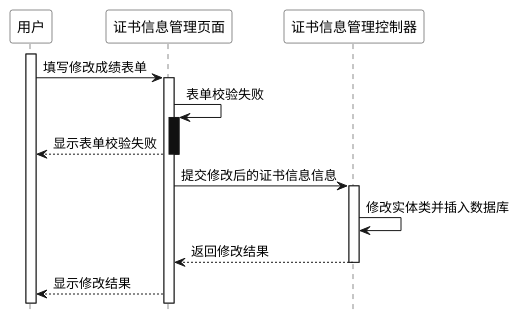
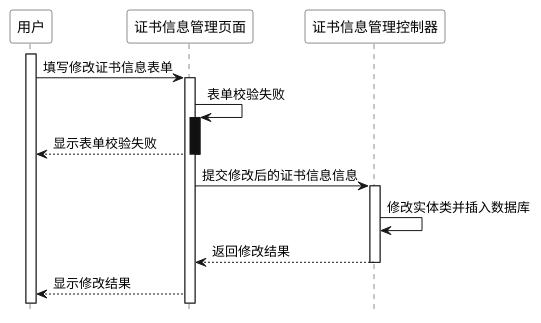
The diagram in resouces/drawio/UML_Sequence/manage/certification/update.puml (coderyjc/certificate_analysis), drawn with PlantUML before and after one commit. The commit also changed 68 other files, not shown here.

```diff
--- a/resouces/drawio/UML_Sequence/manage/certification/update.puml
+++ b/resouces/drawio/UML_Sequence/manage/certification/update.puml
@@ -1,34 +1,34 @@
 @startuml written_update
 
 hide footbox
 skinparam sequence {
   ParticipantBackgroundColor #ffffff
   ParticipantFontColor #000000
 }
 
 participant 用户
 participant 证书信息管理页面
 participant 证书信息管理控制器
 
 activate 用户
-用户 -> 证书信息管理页面: 填写修改成绩表单
+用户 -> 证书信息管理页面: 填写修改证书信息表单
 
 
 activate 证书信息管理页面
 证书信息管理页面 -> 证书信息管理页面: 表单校验失败
 
 activate 证书信息管理页面 #1
 证书信息管理页面 --> 用户: 显示表单校验失败
 deactivate 证书信息管理页面 #1
 
 证书信息管理页面 -> 证书信息管理控制器: 提交修改后的证书信息信息
 
 activate 证书信息管理控制器
 证书信息管理控制器 -> 证书信息管理控制器: 修改实体类并插入数据库
 
 证书信息管理控制器 --> 证书信息管理页面: 返回修改结果
 deactivate 证书信息管理控制器
 
 证书信息管理页面 --> 用户: 显示修改结果
 
 @enduml
```
